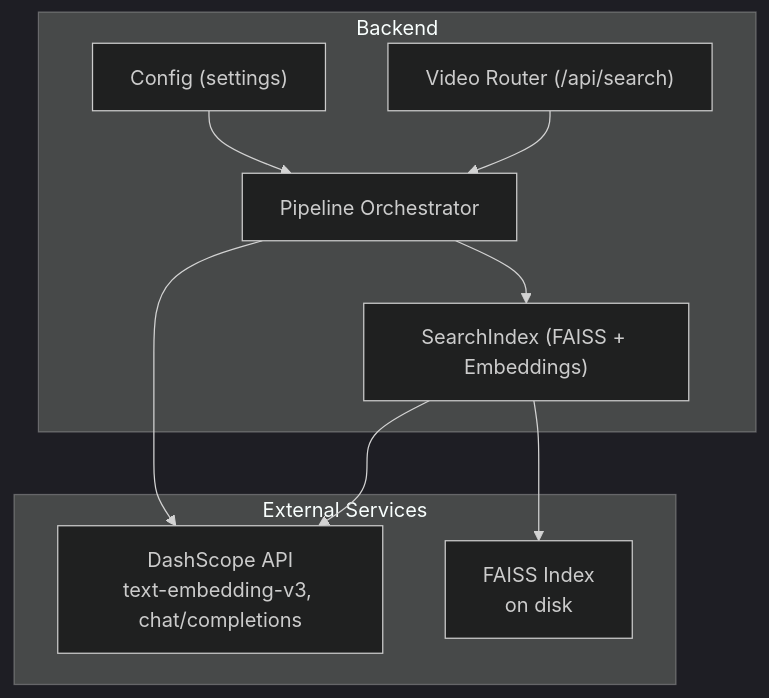
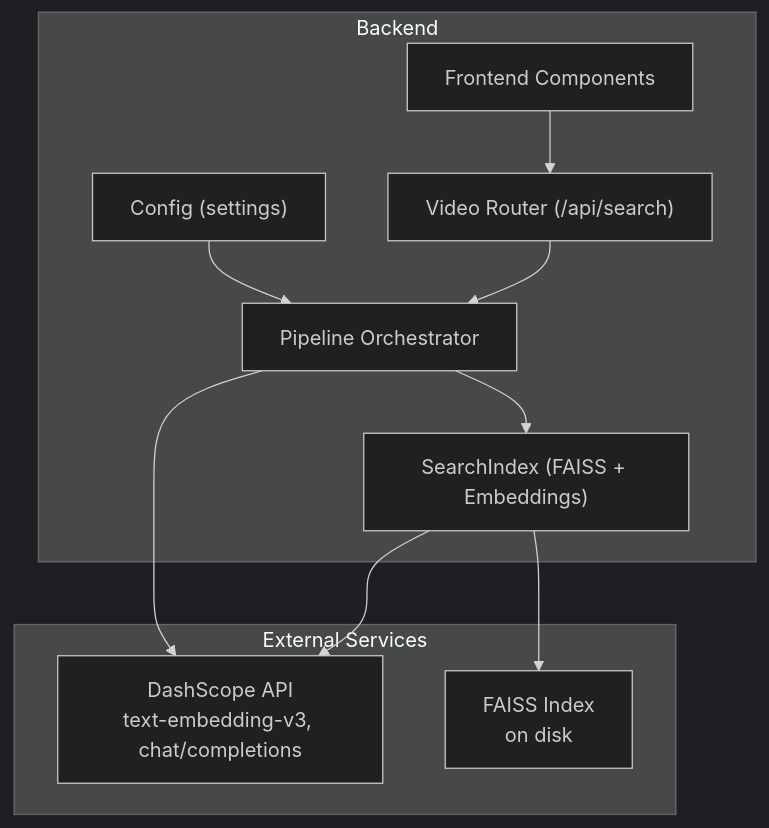
One commit to alexandreybasta-cyber/dubai-media-ai changed the first of 9 diagrams in .qoder/repowiki/en/content/Intelligent Search System.md. Above: the diagram before and after it, drawn with Mermaid (dark theme). The commit also changed other lines of this file and 54 other files, not shown here.

````diff
--- a/.qoder/repowiki/en/content/Intelligent Search System.md
+++ b/.qoder/repowiki/en/content/Intelligent Search System.md
@@ -38,19 +50,21 @@
 ```mermaid
 graph TB
 subgraph "Backend"
 CFG["Config (settings)"]
 ORCH["Pipeline Orchestrator"]
 SI["SearchIndex (FAISS + Embeddings)"]
 RT["Video Router (/api/search)"]
+FR["Frontend Components"]
 end
 subgraph "External Services"
 DS["DashScope API<br/>text-embedding-v3, chat/completions"]
 FAISS["FAISS Index<br/>on disk"]
 end
 CFG --> ORCH
 ORCH --> SI
 RT --> ORCH
+FR --> RT
 ORCH --> DS
 SI --> DS
 SI --> FAISS
 ```
````
